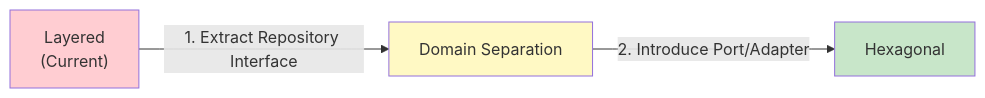
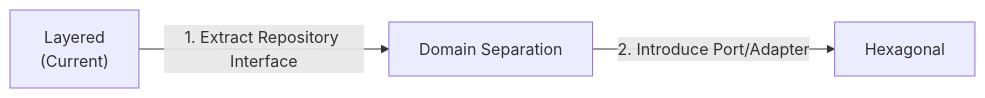
One commit to advanced-beginner/advanced-beginner.github.io changed the fifth of 5 diagrams in content/en/ddd/concepts/layered-architecture.md. Above: the diagram before and after it, drawn with Mermaid. The commit also changed other lines of this file and 35 other files, not shown here.

First line of the commit message:
refactor: Mermaid 다이어그램 개선

````diff
--- a/content/en/ddd/concepts/layered-architecture.md
+++ b/content/en/ddd/concepts/layered-architecture.md
@@ -811,13 +809,9 @@
 ```mermaid
 flowchart LR
     A["Layered<br/>(Current)"]
     B["Domain Separation"]
     C["Hexagonal"]
 
     A -->|"1. Extract Repository Interface"| B
     B -->|"2. Introduce Port/Adapter"| C
-
-    style A fill:#ffcdd2
-    style B fill:#fff9c4
-    style C fill:#c8e6c9
 ```
````
